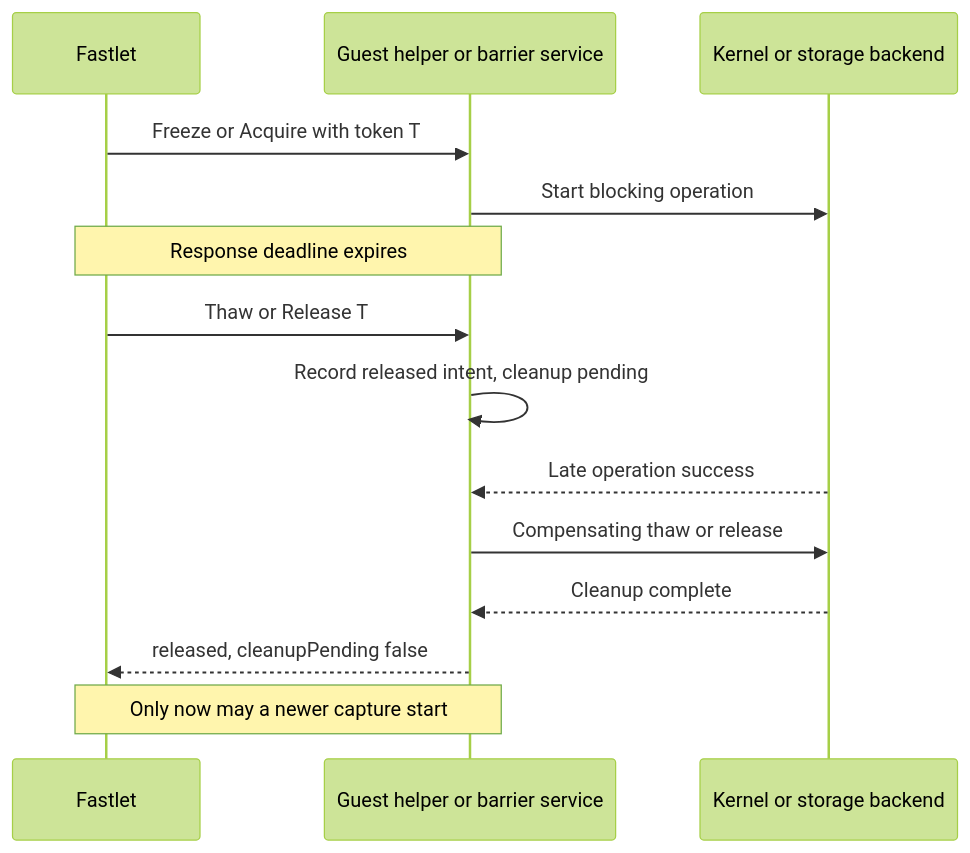
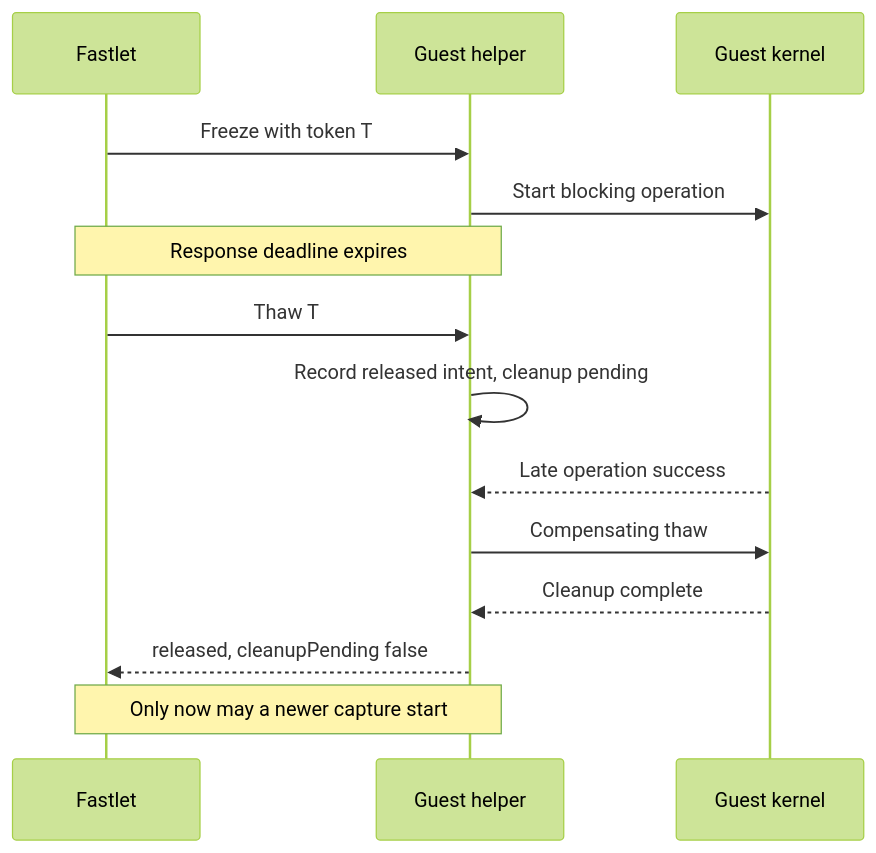
The second of 2 diagrams in fseps/0001-rootfs-only-snapshots-overlaybd.md (opensandbox-group/fast-sandbox), drawn with Mermaid (forest theme) before and after one commit. The commit also changed other lines of this file and 1 other file, not shown here.

````diff
--- a/fseps/0001-rootfs-only-snapshots-overlaybd.md
+++ b/fseps/0001-rootfs-only-snapshots-overlaybd.md
@@ -188,16 +192,16 @@
 ```mermaid
 sequenceDiagram
     participant F as Fastlet
-    participant A as Guest helper or barrier service
-    participant K as Kernel or storage backend
-    F->>A: Freeze or Acquire with token T
+    participant A as Guest helper
+    participant K as Guest kernel
+    F->>A: Freeze with token T
     A->>K: Start blocking operation
     Note over F,A: Response deadline expires
-    F->>A: Thaw or Release T
+    F->>A: Thaw T
     A->>A: Record released intent, cleanup pending
     K-->>A: Late operation success
-    A->>K: Compensating thaw or release
+    A->>K: Compensating thaw
     K-->>A: Cleanup complete
     A-->>F: released, cleanupPending false
     Note over F,A: Only now may a newer capture start
 ```
````
